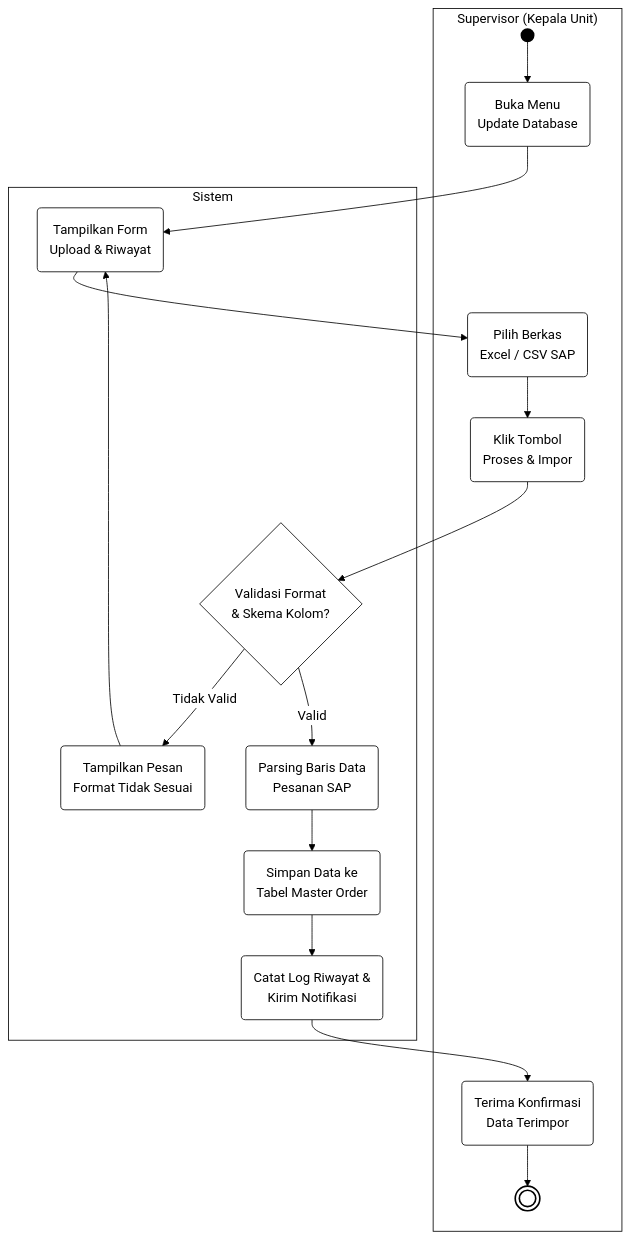
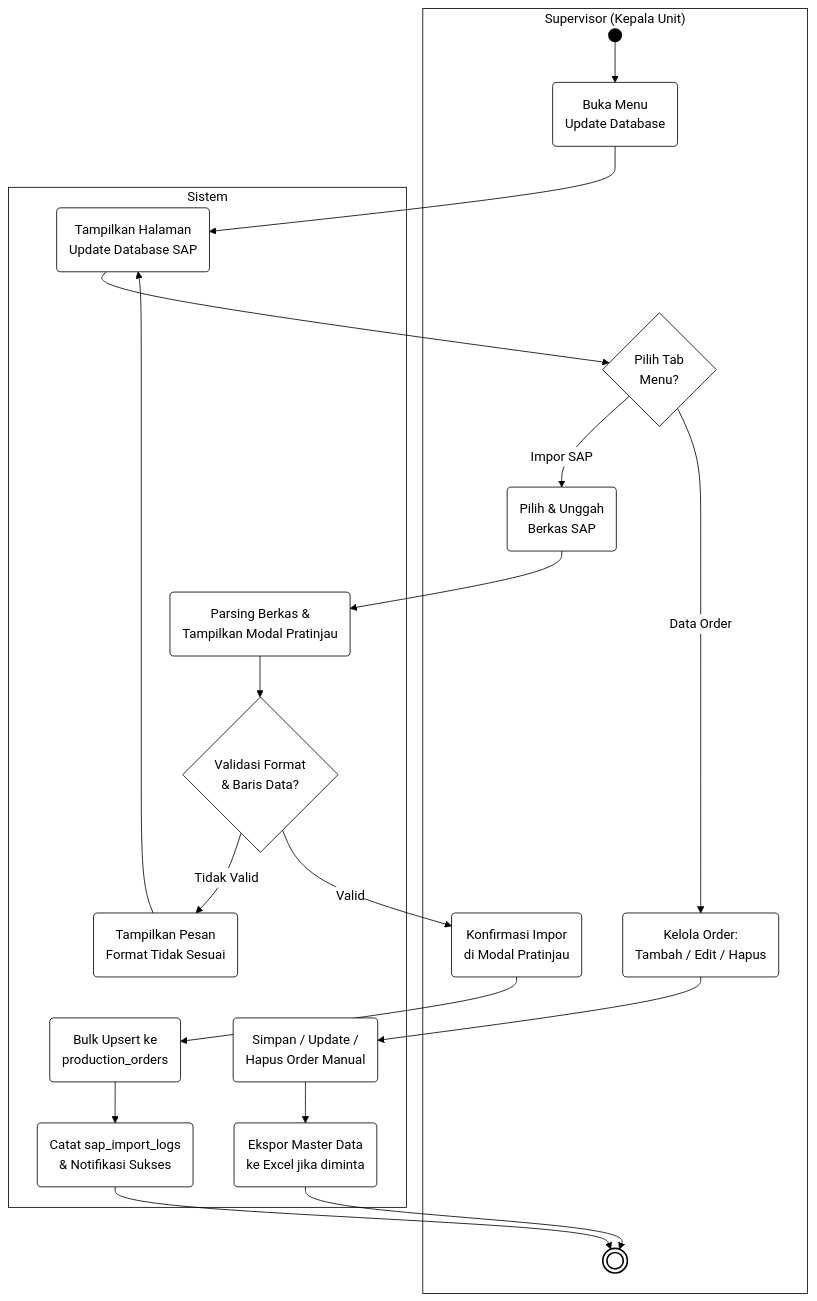
The sixth of 11 diagrams in docs/BAB_III_Draft.md (ZulfikarHD/scan-produksi), drawn with Mermaid before and after one commit. The commit also changed other lines of this file, not shown here.

First line of the commit message:
feat(docs): update functional requirements and use case diagrams for operators and supervisors

````diff
--- a/docs/BAB_III_Draft.md
+++ b/docs/BAB_III_Draft.md
@@ -465,37 +509,44 @@
 ```mermaid
 %%{init: {'theme': 'base', 'themeVariables': { 'primaryColor': '#ffffff', 'primaryBorderColor': '#000000', 'primaryTextColor': '#000000', 'lineColor': '#000000', 'textColor': '#000000', 'clusterBkg': '#ffffff', 'clusterBorder': '#000000', 'edgeLabelBackground':'#ffffff' }}}%%
 flowchart TD
     subgraph Supervisor ["Supervisor (Kepala Unit)"]
         S_Start(( ))
         S_Buka(Buka Menu<br/>Update Database)
-        S_Pilih(Pilih Berkas<br/>Excel / CSV SAP)
-        S_Upload(Klik Tombol<br/>Proses & Impor)
-        S_Lihat(Terima Konfirmasi<br/>Data Terimpor)
+        S_Tab{Pilih Tab<br/>Menu?}
+        S_Upload(Pilih & Unggah<br/>Berkas SAP)
+        S_Konfirm(Konfirmasi Impor<br/>di Modal Pratinjau)
+        S_Order(Kelola Order:<br/>Tambah / Edit / Hapus)
         S_End((( )))
     end
 
     subgraph Sistem ["Sistem"]
-        SIS_Form(Tampilkan Form<br/>Upload & Riwayat)
-        SIS_Val{Validasi Format<br/>& Skema Kolom?}
+        SIS_Tampil(Tampilkan Halaman<br/>Update Database SAP)
+        SIS_Preview(Parsing Berkas &<br/>Tampilkan Modal Pratinjau)
+        SIS_Val{Validasi Format<br/>& Baris Data?}
         SIS_Err(Tampilkan Pesan<br/>Format Tidak Sesuai)
-        SIS_Parse(Parsing Baris Data<br/>Pesanan SAP)
-        SIS_Upsert(Simpan Data ke<br/>Tabel Master Order)
-        SIS_Notif(Catat Log Riwayat &<br/>Kirim Notifikasi)
+        SIS_Upsert(Bulk Upsert ke<br/>production_orders)
+        SIS_Log(Catat sap_import_logs<br/>& Notifikasi Sukses)
+        SIS_CRUD(Simpan / Update /<br/>Hapus Order Manual)
+        SIS_Export(Ekspor Master Data<br/>ke Excel jika diminta)
     end
 
     S_Start --> S_Buka
-    S_Buka --> SIS_Form
-    SIS_Form --> S_Pilih
-    S_Pilih --> S_Upload
-    S_Upload --> SIS_Val
+    S_Buka --> SIS_Tampil
+    SIS_Tampil --> S_Tab
+    S_Tab -- Impor SAP --> S_Upload
+    S_Upload --> SIS_Preview
+    SIS_Preview --> SIS_Val
     SIS_Val -- Tidak Valid --> SIS_Err
-    SIS_Err --> SIS_Form
-    SIS_Val -- Valid --> SIS_Parse
-    SIS_Parse --> SIS_Upsert
-    SIS_Upsert --> SIS_Notif
-    SIS_Notif --> S_Lihat
-    S_Lihat --> S_End
+    SIS_Err --> SIS_Tampil
+    SIS_Val -- Valid --> S_Konfirm
+    S_Konfirm --> SIS_Upsert
+    SIS_Upsert --> SIS_Log
+    SIS_Log --> S_End
+    S_Tab -- Data Order --> S_Order
+    S_Order --> SIS_CRUD
+    SIS_CRUD --> SIS_Export
+    SIS_Export --> S_End
 
     style S_Start fill:#000000,stroke:#000000,stroke-width:2px;
     style S_End fill:#ffffff,stroke:#000000,stroke-width:2px;
 ```
````
